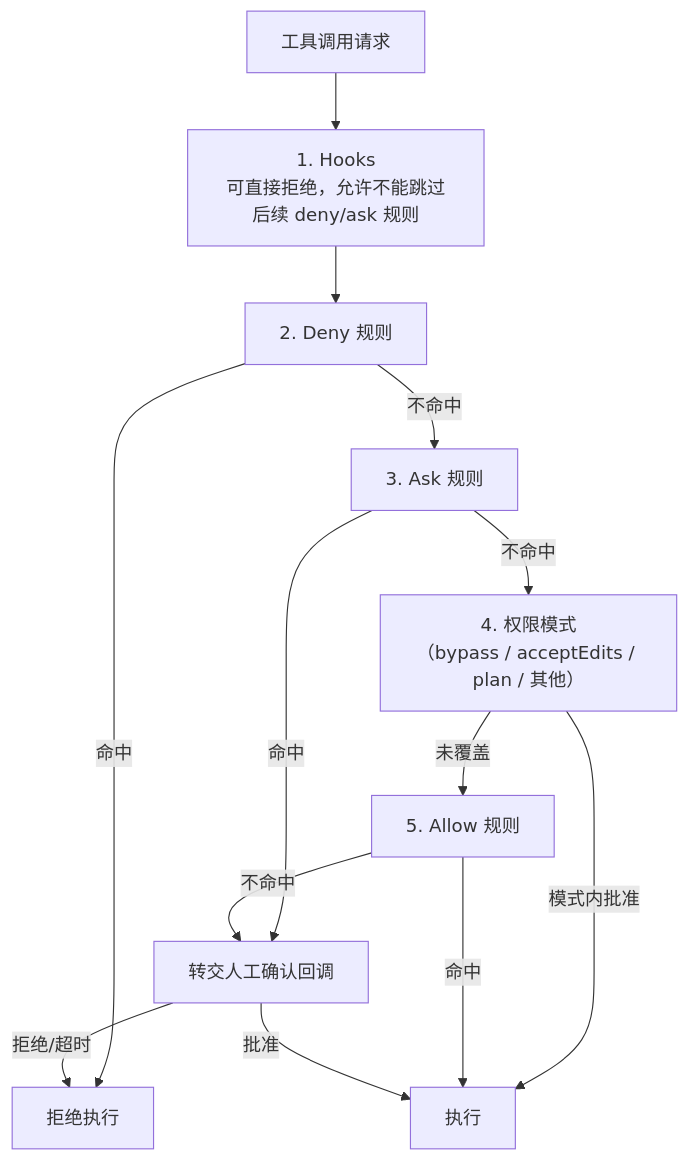
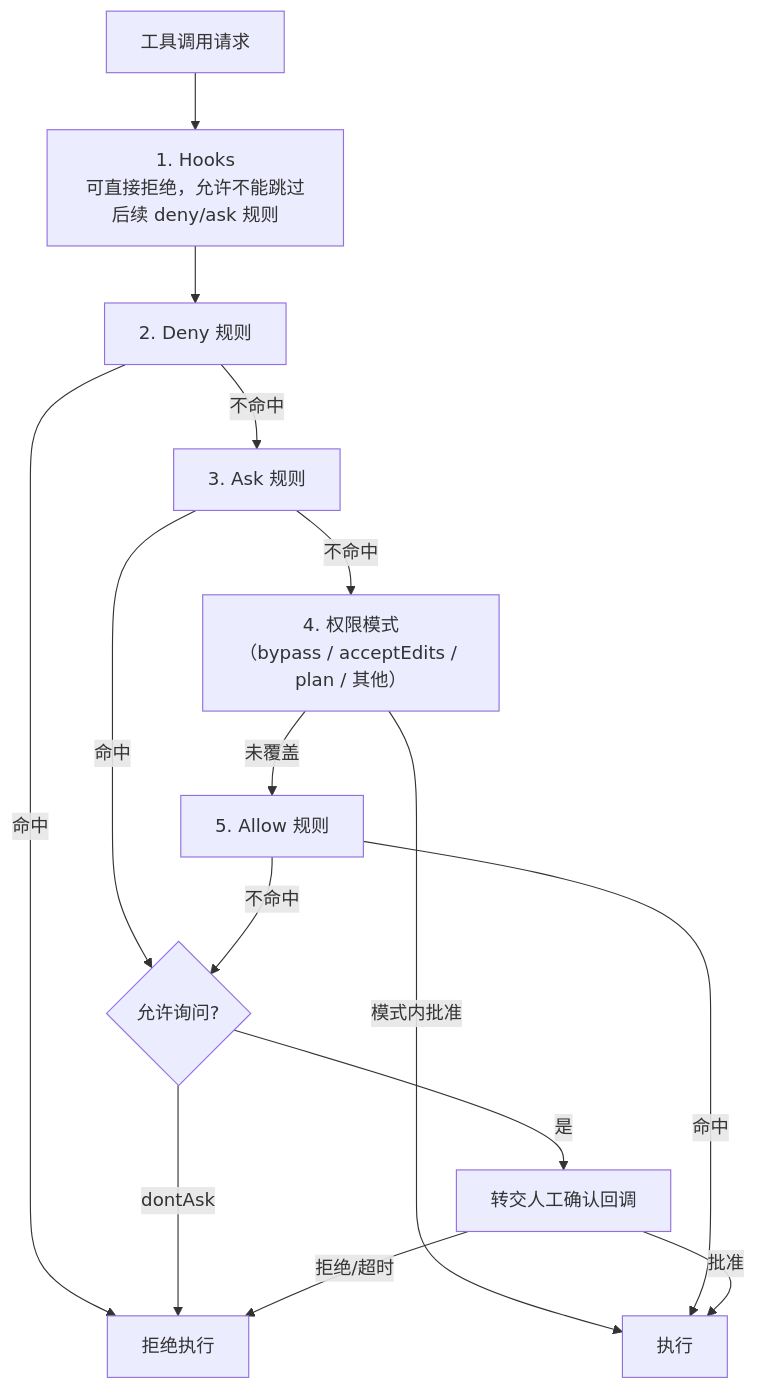
The diagram in docs/agent/02-runtime-harness/20-permissions-sandbox-isolation.md (oneleaveknowsthefall/awesome-ai-roadmap), drawn with Mermaid before and after one commit. The commit also changed other lines of this file and 50 other files, not shown here.

````diff
--- a/docs/agent/02-runtime-harness/20-permissions-sandbox-isolation.md
+++ b/docs/agent/02-runtime-harness/20-permissions-sandbox-isolation.md
@@ -11,15 +15,17 @@
 ```mermaid
 flowchart TB
     REQ["工具调用请求"] --> HOOK["1. Hooks<br/>可直接拒绝，允许不能跳过后续 deny/ask 规则"]
     HOOK --> DENY["2. Deny 规则"]
     DENY -->|命中| BLOCK["拒绝执行"]
     DENY -->|不命中| ASK["3. Ask 规则"]
-    ASK -->|命中| CALLBACK["转交人工确认回调"]
+    ASK -->|命中| PROMPT{"允许询问?"}
+    PROMPT -->|是| CALLBACK["转交人工确认回调"]
+    PROMPT -->|dontAsk| BLOCK
     ASK -->|不命中| MODE["4. 权限模式<br/>（bypass / acceptEdits / plan / 其他）"]
     MODE -->|模式内批准| ALLOW["执行"]
     MODE -->|未覆盖| ALLOWRULE["5. Allow 规则"]
     ALLOWRULE -->|命中| ALLOW
-    ALLOWRULE -->|不命中| CALLBACK
+    ALLOWRULE -->|不命中| PROMPT
     CALLBACK -->|批准| ALLOW
     CALLBACK -->|拒绝/超时| BLOCK
 ```
````
